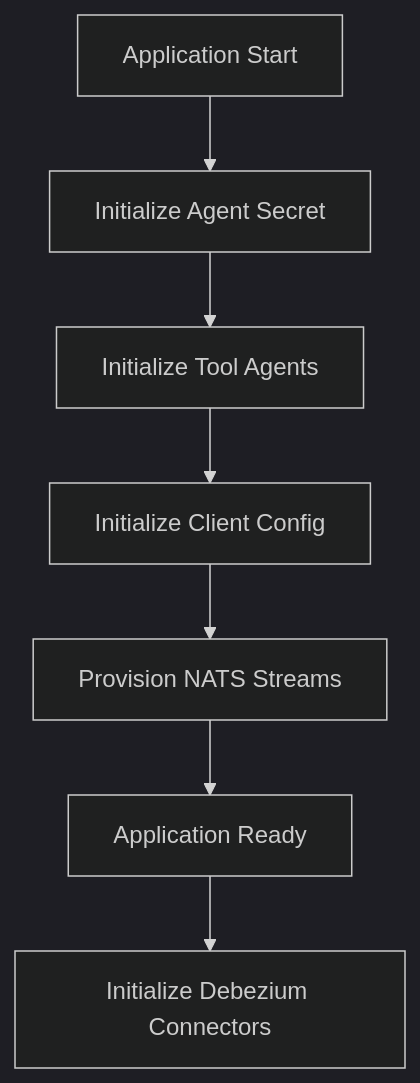
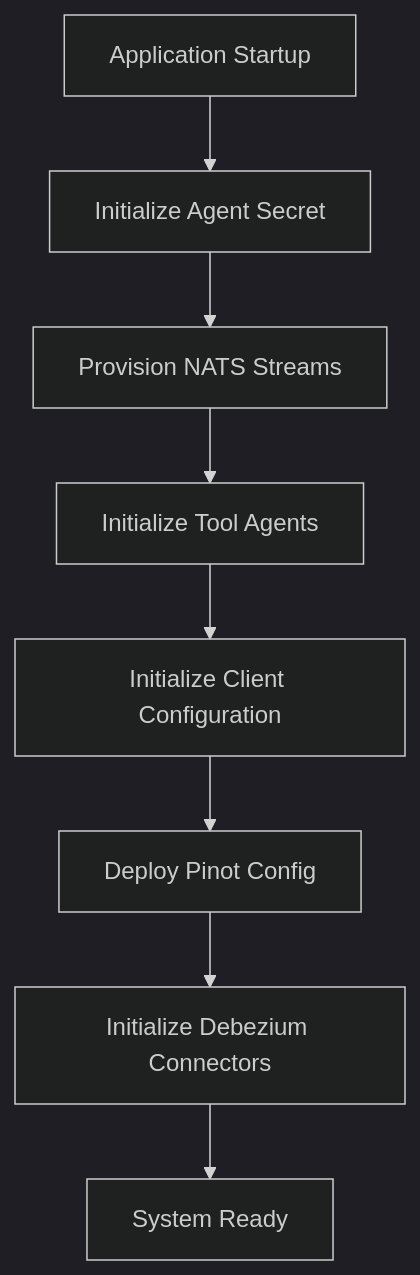
Before and after one commit to Praesto-Pro/openframe-oss-tenant: the fifth of 5 diagrams in docs/architecture/management-service-core/management-service-core.md, drawn with Mermaid (dark theme). The commit also changed other lines of this file and 214 other files, not shown here.

````diff
--- a/docs/architecture/management-service-core/management-service-core.md
+++ b/docs/architecture/management-service-core/management-service-core.md
@@ -250,9 +302,10 @@
 ```mermaid
 flowchart TD
-    Start["Application Start"] --> Secret["Initialize Agent Secret"]
-    Secret --> AgentInit["Initialize Tool Agents"]
-    AgentInit --> ClientConfig["Initialize Client Config"]
-    ClientConfig --> NatsInit["Provision NATS Streams"]
-    NatsInit --> Ready["Application Ready"]
-    Ready --> DebeziumInit["Initialize Debezium Connectors"]
+    Start["Application Startup"] --> AgentSecret["Initialize Agent Secret"]
+    AgentSecret --> Streams["Provision NATS Streams"]
+    Streams --> Agents["Initialize Tool Agents"]
+    Agents --> ClientConfig["Initialize Client Configuration"]
+    ClientConfig --> PinotInit["Deploy Pinot Config"]
+    PinotInit --> DebeziumInit["Initialize Debezium Connectors"]
+    DebeziumInit --> Ready["System Ready"]
 ```
````
